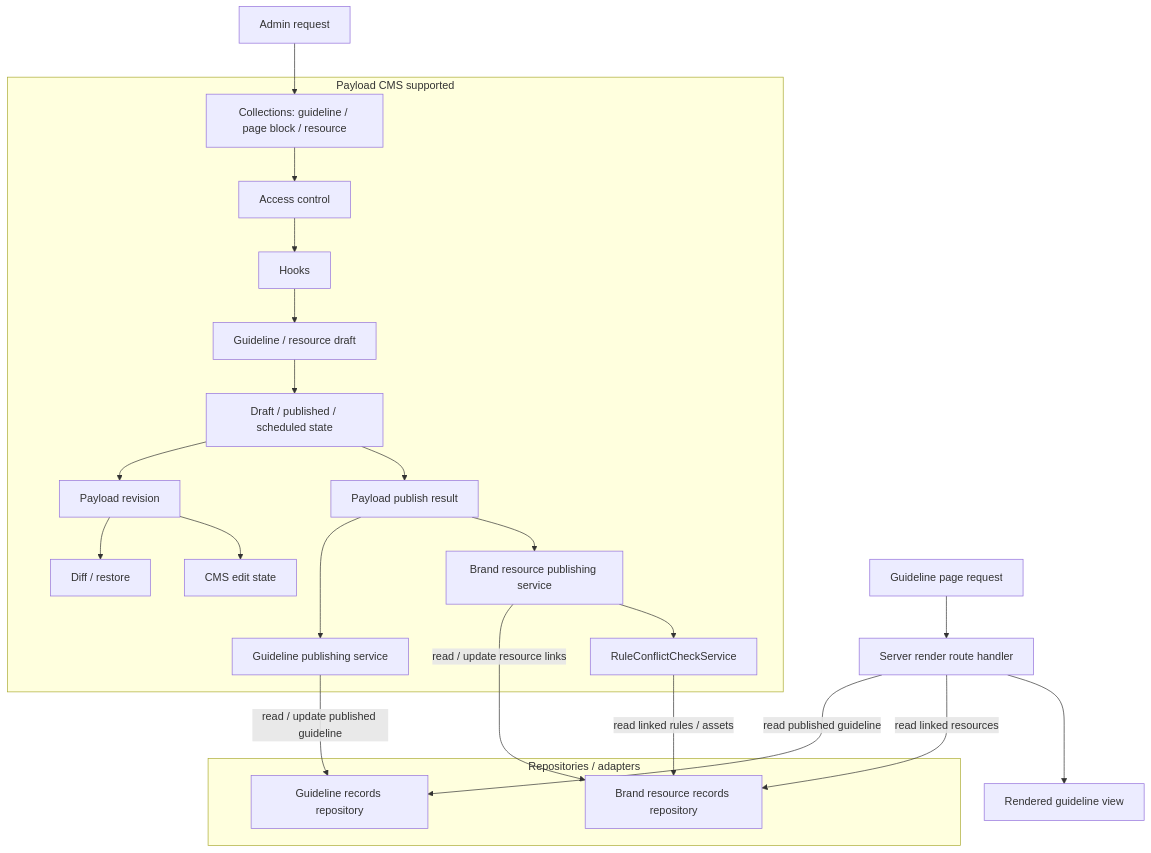
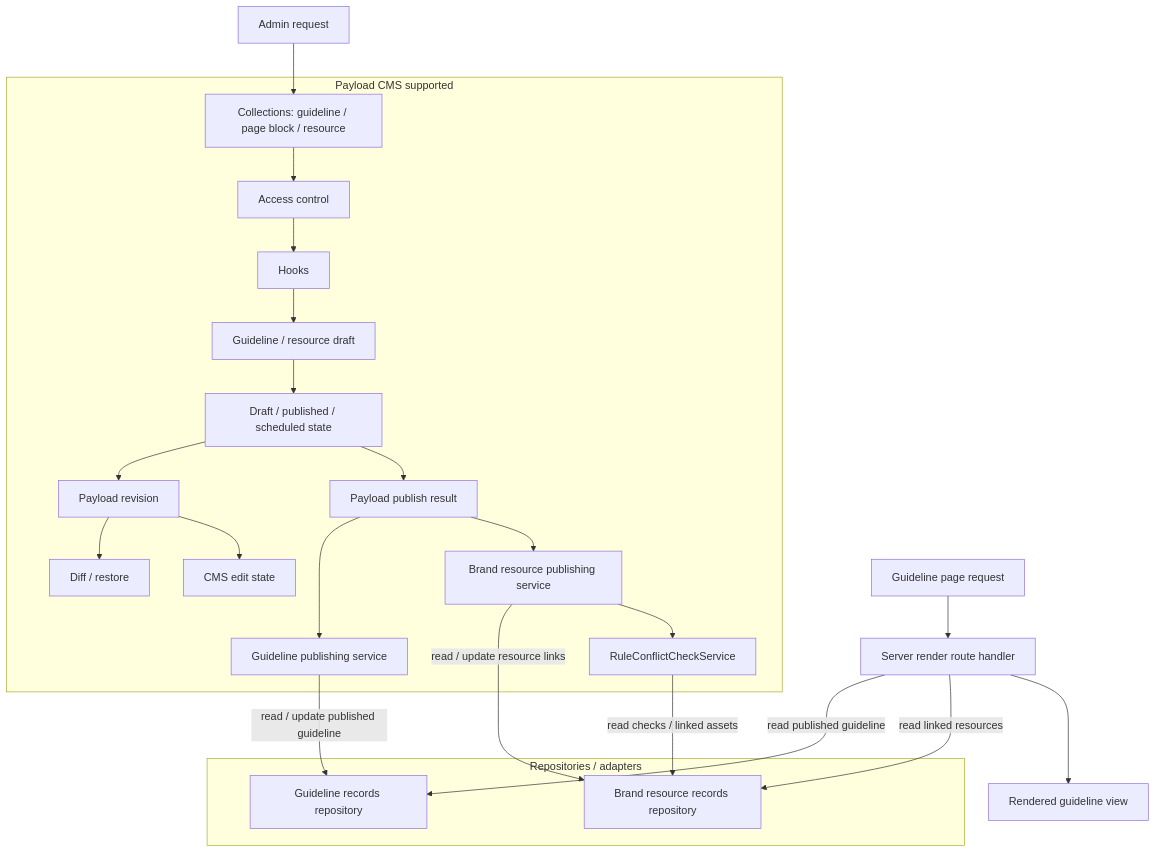
The second of 8 diagrams in docs/05-system-architecture.md (ewoooo/living-brand-system), drawn with Mermaid before and after one commit. The commit also changed other lines of this file and 100 other files, not shown here.

````diff
--- a/docs/05-system-architecture.md
+++ b/docs/05-system-architecture.md
@@ -264,50 +264,50 @@
 ```mermaid
 flowchart TB
   AdminRequest["Admin request"]
   GuidelineRequest["Guideline page request"]
 
   subgraph PayloadSupported["Payload CMS supported"]
     Collections["Collections: guideline / page block / resource"]
     Access["Access control"]
     Hooks["Hooks"]
     Draft["Guideline / resource draft"]
     PublishState["Draft / published / scheduled state"]
     Revision["Payload revision"]
     DiffRestore["Diff / restore"]
     EditState["CMS edit state"]
     PublishResult["Payload publish result"]
     GuidelineService["Guideline publishing service"]
     ResourceService["Brand resource publishing service"]
     ConflictCheck["RuleConflictCheckService"]
   end
 
   subgraph Repositories["Repositories / adapters"]
     GuidelineRepository["Guideline records repository"]
     BrandResourceRepository["Brand resource records repository"]
   end
 
   ServerRender["Server render route handler"]
   RenderedView["Rendered guideline view"]
 
   AdminRequest --> Collections
   Collections --> Access
   Access --> Hooks
   Hooks --> Draft
   Draft --> PublishState
   PublishState --> Revision
   Revision --> DiffRestore
   Revision --> EditState
 
   PublishState --> PublishResult
   PublishResult --> GuidelineService
   PublishResult --> ResourceService
   GuidelineService -->|"read / update published guideline"| GuidelineRepository
   ResourceService -->|"read / update resource links"| BrandResourceRepository
   ResourceService --> ConflictCheck
-  ConflictCheck -->|"read linked rules / assets"| BrandResourceRepository
+  ConflictCheck -->|"read checks / linked assets"| BrandResourceRepository
 
   GuidelineRequest --> ServerRender
   ServerRender -->|"read published guideline"| GuidelineRepository
   ServerRender -->|"read linked resources"| BrandResourceRepository
   ServerRender --> RenderedView
 ```
````
